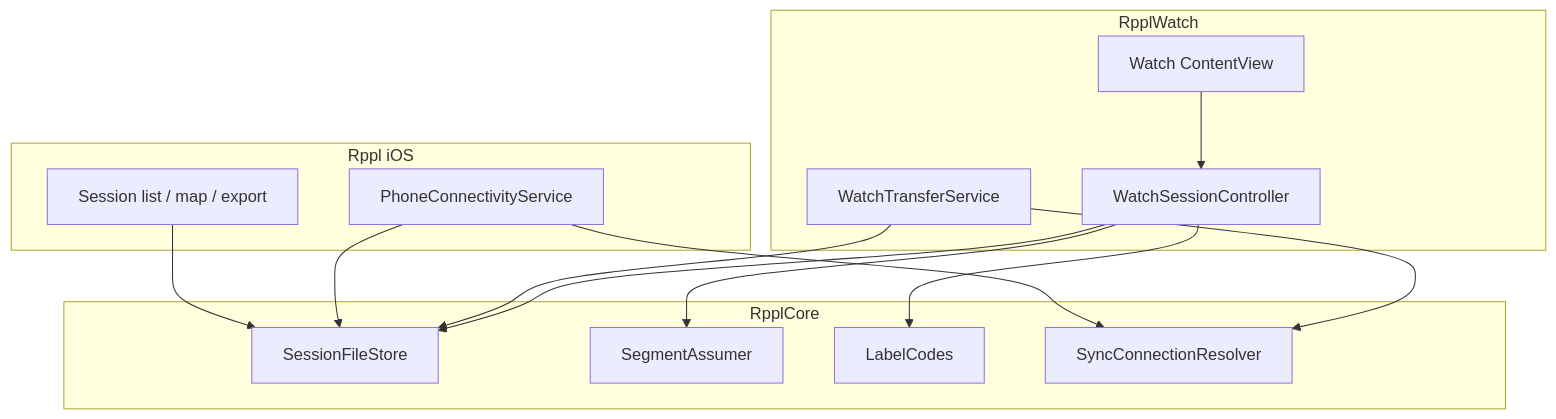
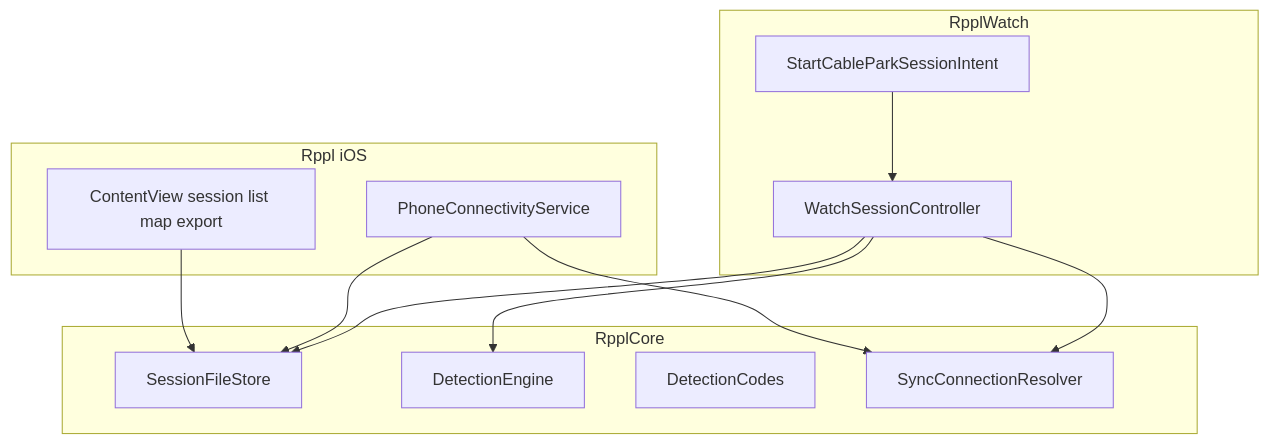
The first of 2 diagrams in Docs/DESIGN.md (DCSBL/rppl), drawn with Mermaid before and after one commit. The commit also changed other lines of this file and 33 other files, not shown here.

````diff
--- a/Docs/DESIGN.md
+++ b/Docs/DESIGN.md
@@ -7,30 +7,27 @@
 ```mermaid
 flowchart TB
   subgraph watch [RpplWatch]
     WSC[WatchSessionController]
-    WUI[Watch ContentView]
-    WCSend[WatchTransferService]
+    Intent[StartCableParkSessionIntent]
   end
 
   subgraph core [RpplCore]
     Store[SessionFileStore]
-    Assumer[SegmentAssumer]
-    Codes[LabelCodes]
+    Engine[DetectionEngine]
+    Codes[DetectionCodes]
     SyncRes[SyncConnectionResolver]
   end
 
   subgraph phone [Rppl iOS]
     PCS[PhoneConnectivityService]
-    PUI[Session list / map / export]
+    UI[ContentView session list map export]
   end
 
-  WUI --> WSC
-  WSC --> Assumer
-  WSC --> Codes
+  WSC --> Engine
   WSC --> Store
-  WCSend --> Store
-  WCSend --> SyncRes
+  Intent --> WSC
   PCS --> Store
+  UI --> Store
+  WSC --> SyncRes
   PCS --> SyncRes
-  PUI --> Store
 ```
````
